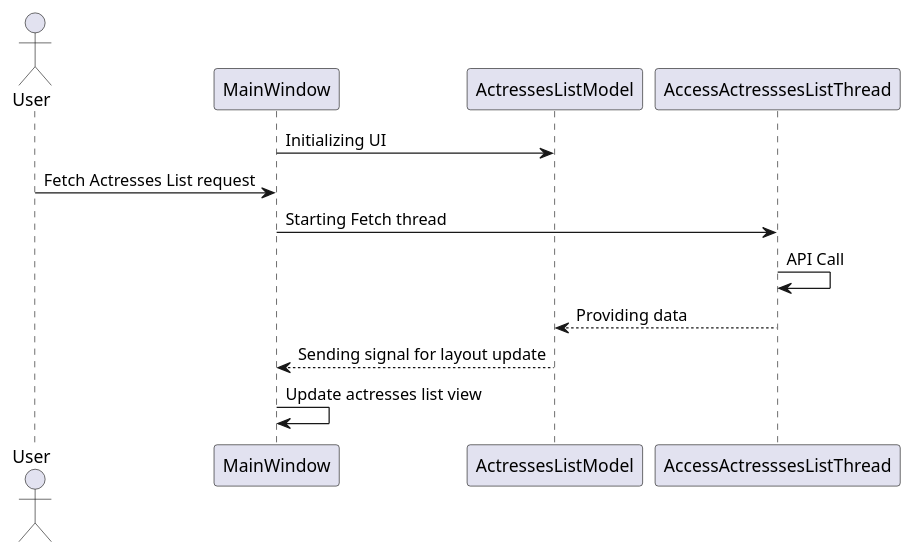
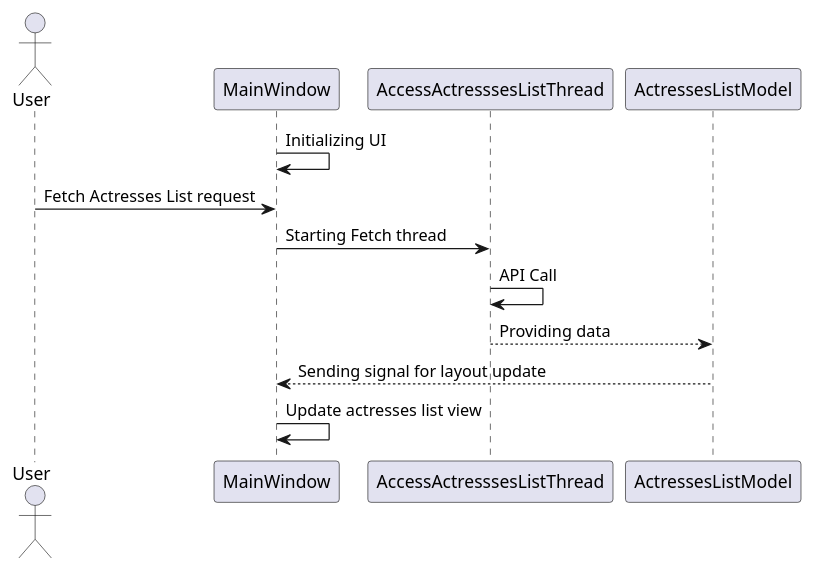
Before and after one commit to snakept/imdb_software_actors: the diagram in Document/img/fetch_actresses_flow.wsd, drawn with PlantUML. The commit also changed 3 other files, not shown here.

Commit message:
-removed model auf flowchart - start of 1. functionality

```diff
--- a/Document/img/fetch_actresses_flow.wsd
+++ b/Document/img/fetch_actresses_flow.wsd
@@ -1,12 +1,12 @@
 @startuml fetch_actresses_flow
 
 actor User 
 
-MainWindow -> ActressesListModel: Initializing UI
+MainWindow -> MainWindow: Initializing UI
 User -> MainWindow: Fetch Actresses List request
 MainWindow -> AccessActresssesListThread: Starting Fetch thread
 AccessActresssesListThread -> AccessActresssesListThread: API Call
 AccessActresssesListThread --> ActressesListModel: Providing data
 ActressesListModel --> MainWindow: Sending signal for layout update
 MainWindow -> MainWindow: Update actresses list view
 @enduml
```
